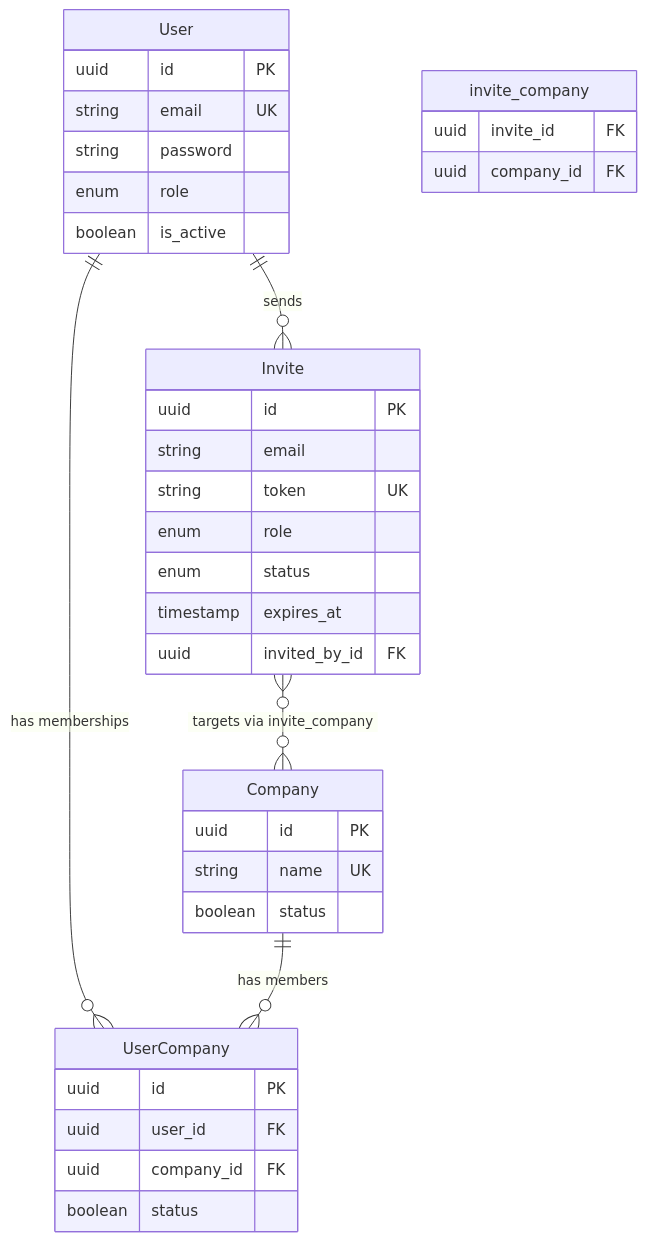
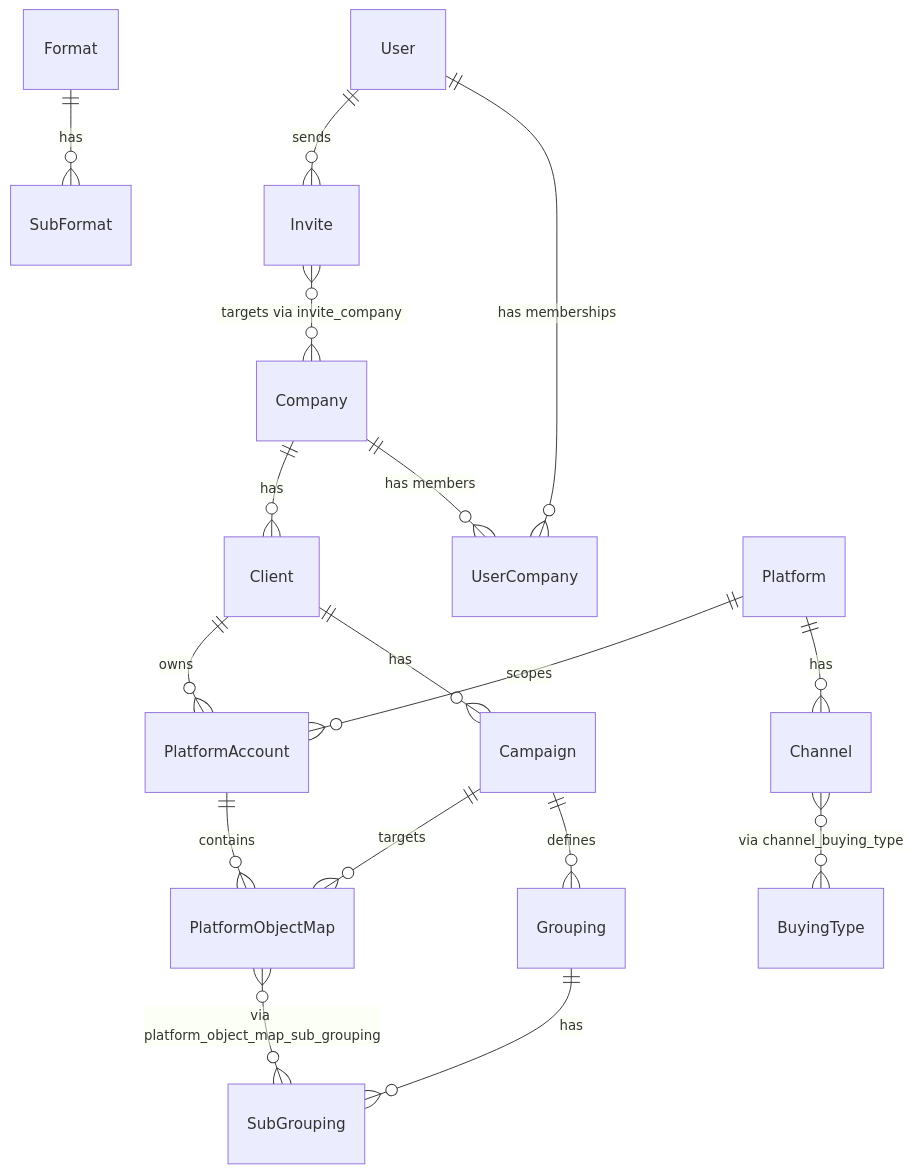
One commit to DevPablo20/binder_app_backend changed the diagram in .cursor/skills/create-entities/domain-model.md. Above: the diagram before and after it, drawn with Mermaid. The commit also changed other lines of this file and 27 other files, not shown here.

````diff
--- a/.cursor/skills/create-entities/domain-model.md
+++ b/.cursor/skills/create-entities/domain-model.md
@@ -13,38 +22,19 @@
 ```mermaid
 erDiagram
     User ||--o{ UserCompany : "has memberships"
     Company ||--o{ UserCompany : "has members"
+    Company ||--o{ Client : has
+    Client ||--o{ Campaign : has
     User ||--o{ Invite : "sends"
     Invite }o--o{ Company : "targets via invite_company"
-    User {
-        uuid id PK
-        string email UK
-        string password
-        enum role
-        boolean is_active
-    }
-    Company {
-        uuid id PK
-        string name UK
-        boolean status
-    }
-    UserCompany {
-        uuid id PK
-        uuid user_id FK
-        uuid company_id FK
-        boolean status
-    }
-    Invite {
-        uuid id PK
-        string email
-        string token UK
-        enum role
-        enum status
-        timestamp expires_at
-        uuid invited_by_id FK
-    }
-    invite_company {
-        uuid invite_id FK
-        uuid company_id FK
-    }
+    Platform ||--o{ Channel : has
+    Channel }o--o{ BuyingType : "via channel_buying_type"
+    Format ||--o{ SubFormat : has
+    Campaign ||--o{ Grouping : defines
+    Grouping ||--o{ SubGrouping : has
+    Client ||--o{ PlatformAccount : owns
+    Platform ||--o{ PlatformAccount : scopes
+    PlatformAccount ||--o{ PlatformObjectMap : contains
+    Campaign ||--o{ PlatformObjectMap : targets
+    PlatformObjectMap }o--o{ SubGrouping : "via platform_object_map_sub_grouping"
 ```
````
